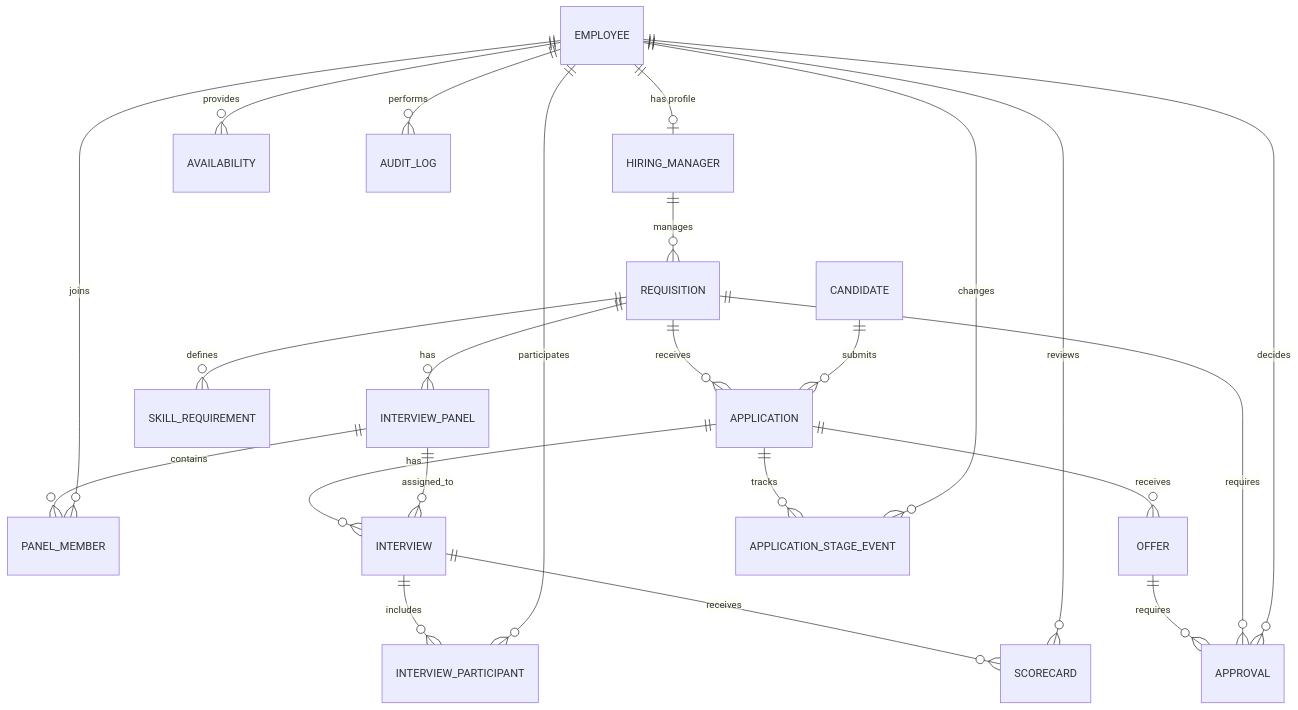
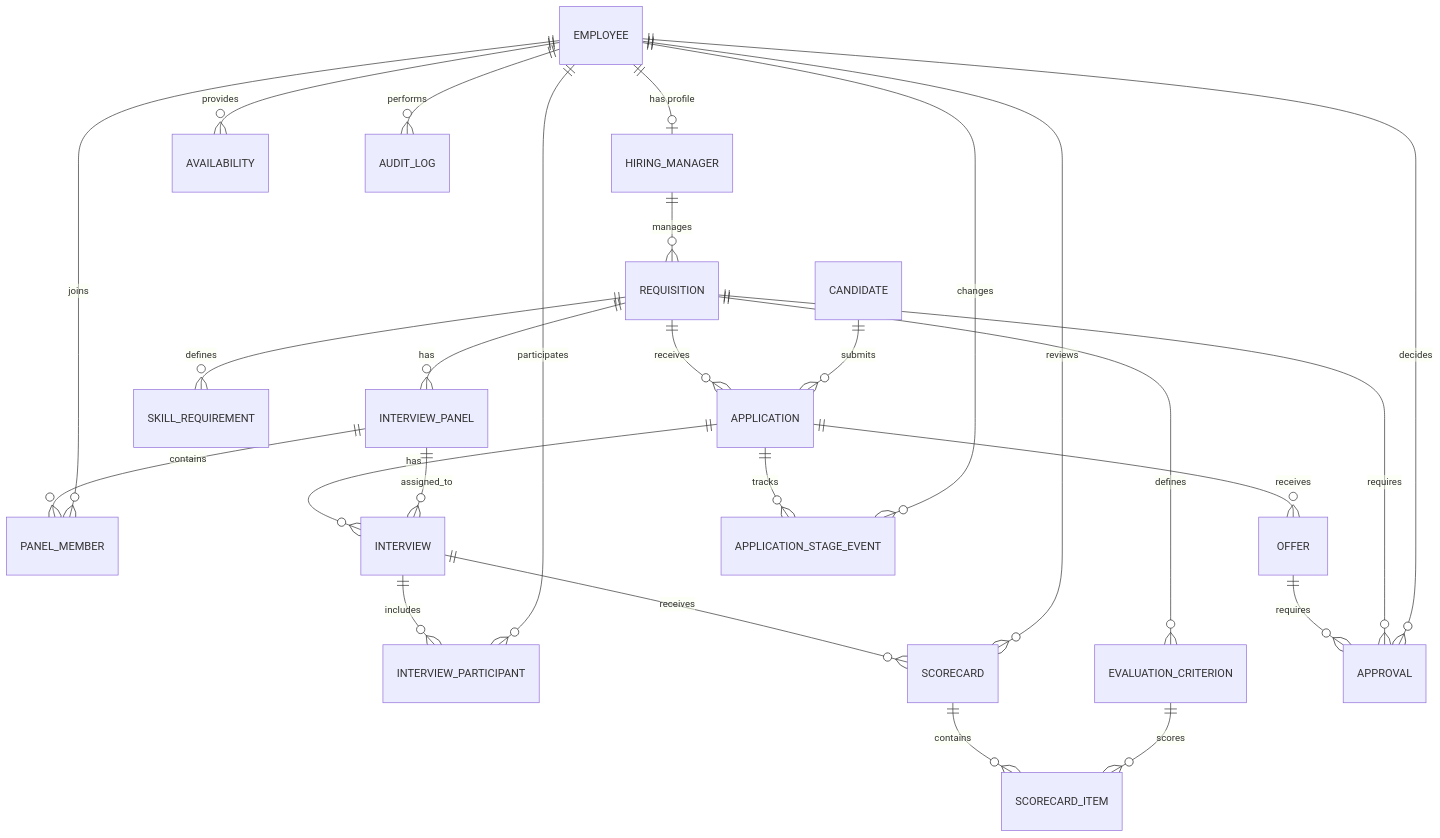
Before and after one commit to chiranjeevi-kodimela/hireflow: the diagram in docs/er-diagram.md, drawn with Mermaid. The commit also changed other lines of this file and 38 other files, not shown here.

````diff
--- a/docs/er-diagram.md
+++ b/docs/er-diagram.md
@@ -6,33 +6,36 @@
 ```mermaid
 erDiagram
     EMPLOYEE ||--o| HIRING_MANAGER : "has profile"
     HIRING_MANAGER ||--o{ REQUISITION : manages
 
     REQUISITION ||--o{ APPLICATION : receives
     CANDIDATE ||--o{ APPLICATION : submits
     REQUISITION ||--o{ SKILL_REQUIREMENT : defines
 
     REQUISITION ||--o{ INTERVIEW_PANEL : has
     INTERVIEW_PANEL ||--o{ PANEL_MEMBER : contains
     EMPLOYEE ||--o{ PANEL_MEMBER : joins
 
     EMPLOYEE ||--o{ AVAILABILITY : provides
     APPLICATION ||--o{ INTERVIEW : has
     INTERVIEW_PANEL ||--o{ INTERVIEW : assigned_to
 
     INTERVIEW ||--o{ INTERVIEW_PARTICIPANT : includes
     EMPLOYEE ||--o{ INTERVIEW_PARTICIPANT : participates
 
     INTERVIEW ||--o{ SCORECARD : receives
     EMPLOYEE ||--o{ SCORECARD : reviews
+    REQUISITION ||--o{ EVALUATION_CRITERION : defines
+    SCORECARD ||--o{ SCORECARD_ITEM : contains
+    EVALUATION_CRITERION ||--o{ SCORECARD_ITEM : scores
 
     APPLICATION ||--o{ OFFER : receives
     OFFER ||--o{ APPROVAL : requires
     REQUISITION ||--o{ APPROVAL : requires
     EMPLOYEE ||--o{ APPROVAL : decides
 
     APPLICATION ||--o{ APPLICATION_STAGE_EVENT : tracks
     EMPLOYEE ||--o{ APPLICATION_STAGE_EVENT : changes
 
     EMPLOYEE ||--o{ AUDIT_LOG : performs
 ```
````
